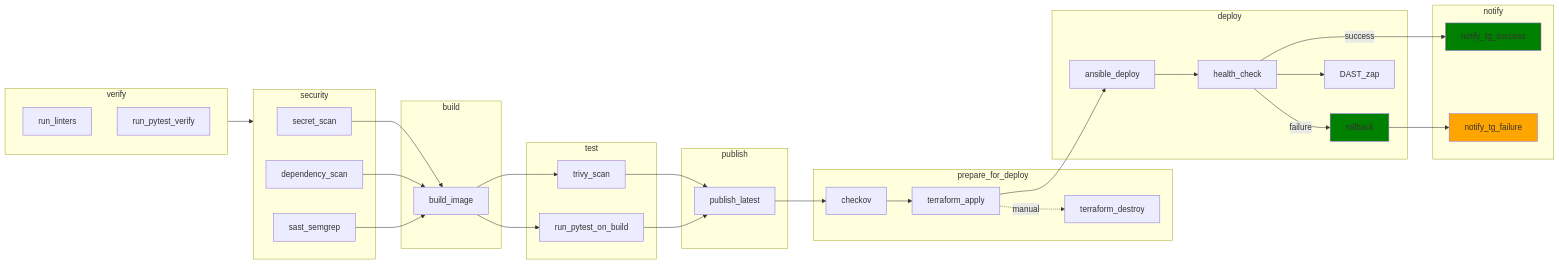
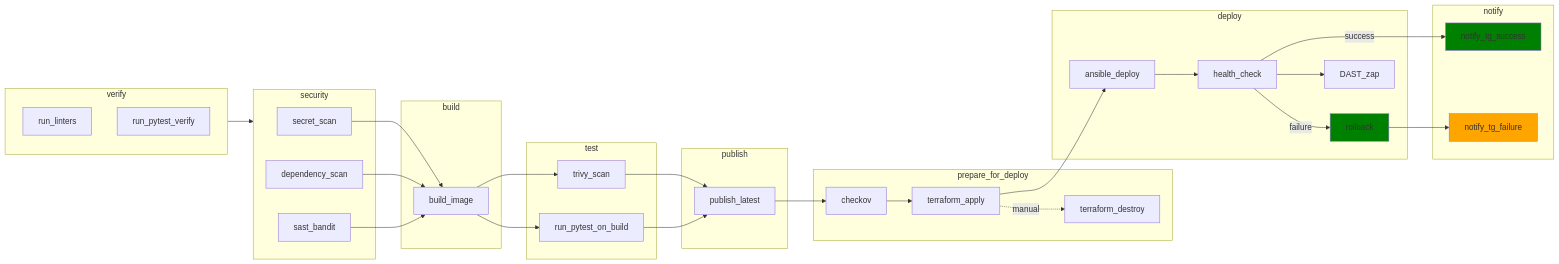
One commit to AlexeyKuzko/django-release-engineering changed the second of 2 diagrams in README.md. Above: the diagram before and after it, drawn with Mermaid. The commit also changed other lines of this file and 1 other file, not shown here.

Commit message:
Semgrep -> Bandit

````diff
--- a/README.md
+++ b/README.md
@@ -144,66 +144,66 @@
 ```mermaid
 flowchart LR
     subgraph Stage_Verify ["verify"]
         A1[run_linters]
         A2[run_pytest_verify]
     end
 
     subgraph Stage_Security ["security"]
         S1[secret_scan]
         S2[dependency_scan]
-        S3[sast_semgrep]
+        S3[sast_bandit]
     end
 
     subgraph Stage_Build ["build"]
         B1[build_image]
     end
 
     subgraph Stage_Test ["test"]
         T1[trivy_scan]
         T2[run_pytest_on_build]
     end
 
     subgraph Stage_Publish ["publish"]
         P1[publish_latest]
     end
 
     subgraph Stage_Prepare ["prepare_for_deploy"]
         C1[checkov]
         C2[terraform_apply<br/>]
         C3[terraform_destroy<br/>]
     end
 
     subgraph Stage_Deploy ["deploy"]
         D1[ansible_deploy]
         D2[health_check]
         D3[rollback]
         D4[DAST_zap]
     end
 
     subgraph Stage_Notify ["notify"]
         E1[notify_tg_success]
         E2[notify_tg_failure]
     end
 
     Stage_Verify --> Stage_Security
     S1 --> B1
     S2 --> B1
     S3 --> B1
     B1 --> T1
     B1 --> T2
     T1 --> P1
     T2 --> P1
     P1 --> C1
     C1 --> C2
     C2 -. manual .-> C3
     C2 --> D1
     D1 --> D2
     D2 --> D4
     D2 -->|success| E1
     D2 -->|failure| D3
     D3 --> E2
 
     style D3 fill:green
     style E1 fill:green
     style E2 fill:orange
 ```
````
